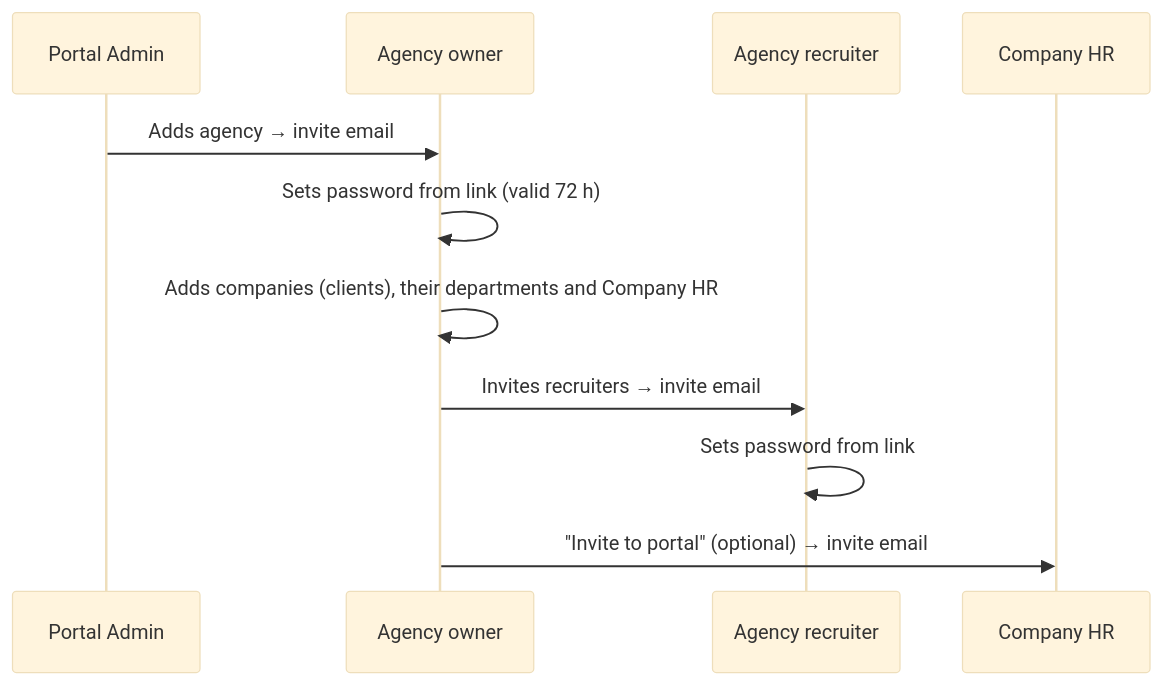
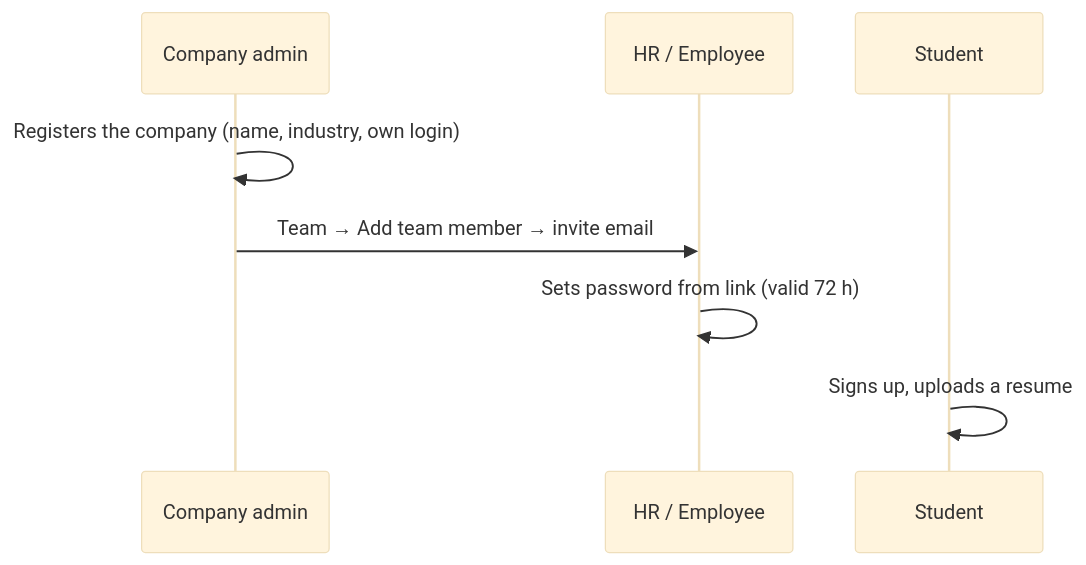
Before and after one commit to OrbitDevStudio-c/HireNova: the second of 2 diagrams in FLOW.md, drawn with Mermaid (base theme). The commit also changed other lines of this file and 10 other files, not shown here.

````diff
--- a/FLOW.md
+++ b/FLOW.md
@@ -67,13 +71,10 @@
 ```mermaid
 sequenceDiagram
-    participant PA as Portal Admin
-    participant AG as Agency owner
-    participant R as Agency recruiter
-    participant HR as Company HR
-    PA->>AG: Adds agency → invite email
-    AG->>AG: Sets password from link (valid 72 h)
-    AG->>AG: Adds companies (clients), their departments and Company HR
-    AG->>R: Invites recruiters → invite email
-    R->>R: Sets password from link
-    AG->>HR: "Invite to portal" (optional) → invite email
+    participant A as Company admin
+    participant T as HR / Employee
+    participant S as Student
+    A->>A: Registers the company (name, industry, own login)
+    A->>T: Team → Add team member → invite email
+    T->>T: Sets password from link (valid 72 h)
+    S->>S: Signs up, uploads a resume
 ```
````
